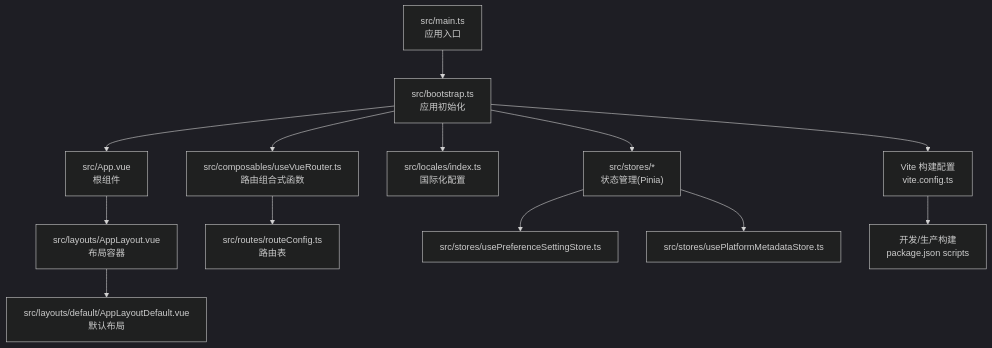
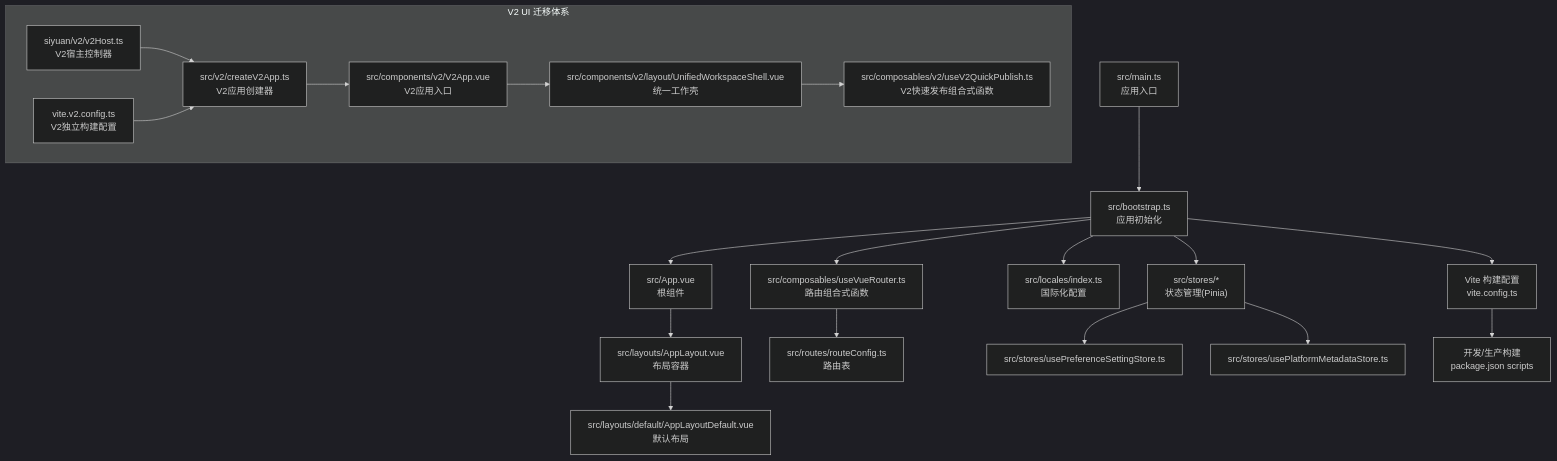
Before and after one commit to terwer/siyuan-plugin-publisher: the first of 8 diagrams in .qoder/repowiki/zh/content/核心架构/整体架构设计.md, drawn with Mermaid (dark theme). The commit also changed other lines of this file and 18 other files, not shown here.

First line of the commit message:
docs(core-architecture): add detailed Composition API design patterns document

````diff
--- a/.qoder/repowiki/zh/content/核心架构/整体架构设计.md
+++ b/.qoder/repowiki/zh/content/核心架构/整体架构设计.md
@@ -42,15 +53,28 @@
 ```mermaid
 graph TB
 A["src/main.ts<br/>应用入口"] --> B["src/bootstrap.ts<br/>应用初始化"]
 B --> C["src/App.vue<br/>根组件"]
 C --> D["src/layouts/AppLayout.vue<br/>布局容器"]
 D --> E["src/layouts/default/AppLayoutDefault.vue<br/>默认布局"]
 B --> F["src/composables/useVueRouter.ts<br/>路由组合式函数"]
 F --> G["src/routes/routeConfig.ts<br/>路由表"]
 B --> H["src/locales/index.ts<br/>国际化配置"]
 B --> I["src/stores/*<br/>状态管理(Pinia)"]
 I --> J["src/stores/usePreferenceSettingStore.ts"]
 I --> K["src/stores/usePlatformMetadataStore.ts"]
 B --> L["Vite 构建配置<br/>vite.config.ts"]
 L --> M["开发/生产构建<br/>package.json scripts"]
+subgraph "V2 UI 迁移体系"
+N["src/components/v2/V2App.vue<br/>V2应用入口"]
+O["src/components/v2/layout/UnifiedWorkspaceShell.vue<br/>统一工作壳"]
+P["src/composables/v2/useV2QuickPublish.ts<br/>V2快速发布组合式函数"]
+Q["src/v2/createV2App.ts<br/>V2应用创建器"]
+R["siyuan/v2/v2Host.ts<br/>V2宿主控制器"]
+S["vite.v2.config.ts<br/>V2独立构建配置"]
+end
+N --> O
+O --> P
+Q --> N
+R --> Q
+S --> Q
 ```
````
